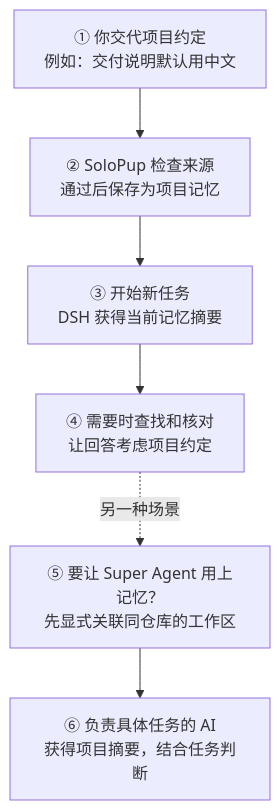
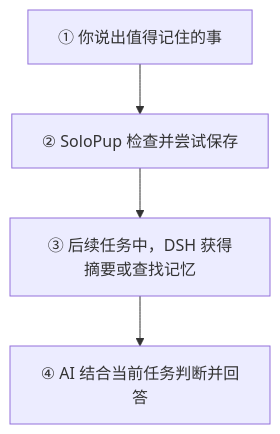
Before and after one commit to OakcoderX/solopup-memory: the diagram in README.md, drawn with Mermaid. The commit also changed other lines of this file and 1 other file, not shown here.

````diff
--- a/README.md
+++ b/README.md
@@ -13,8 +22,6 @@
 ```mermaid
 flowchart TD
-    A["① 你交代项目约定<br/>例如：交付说明默认用中文"] --> B["② SoloPup 检查来源<br/>通过后保存为项目记忆"]
-    B --> C["③ 开始新任务<br/>DSH 获得当前记忆摘要"]
-    C --> D["④ 需要时查找和核对<br/>让回答考虑项目约定"]
-    D -.->|另一种场景| E["⑤ 要让 Super Agent 用上记忆？<br/>先显式关联同仓库的工作区"]
-    E --> F["⑥ 负责具体任务的 AI<br/>获得项目摘要，结合任务判断"]
+    A["① 你说出值得记住的事"] --> B["② SoloPup 检查并尝试保存"]
+    B --> C["③ 后续任务中，DSH 获得摘要或查找记忆"]
+    C --> D["④ AI 结合当前任务判断并回答"]
 ```
````
